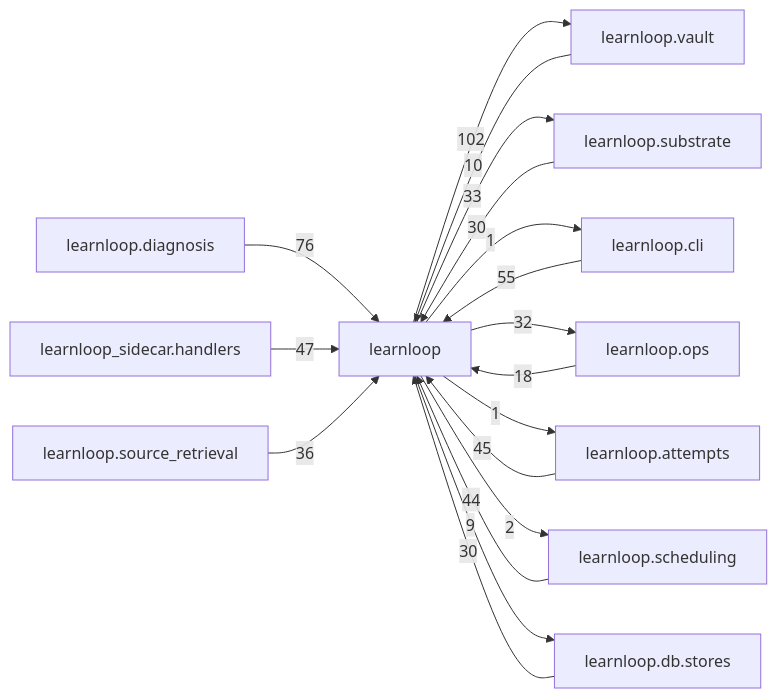
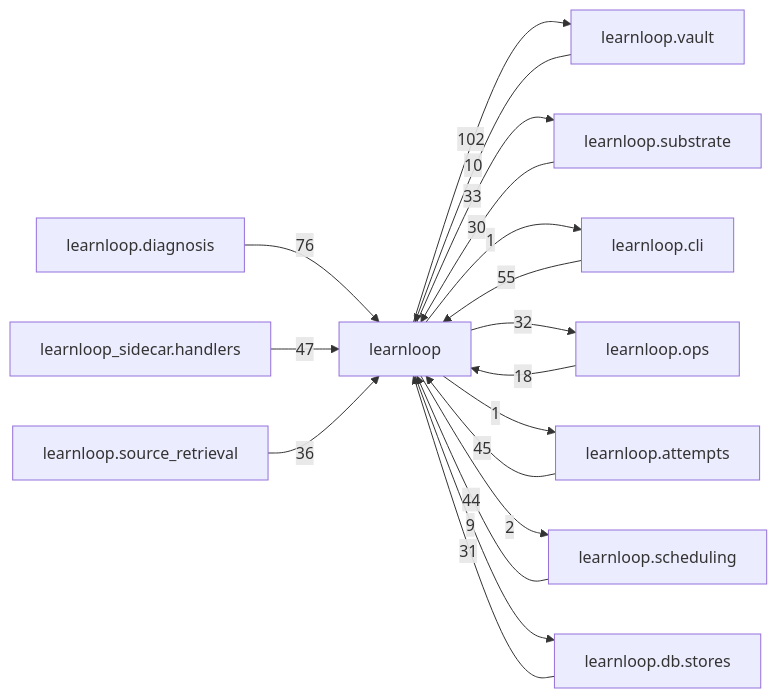
Before and after one commit to 6up-b/learnanything: the diagram in docs/learnloop-architecture-vault/Reference/Modules/learnloop/_package.md, drawn with Mermaid. The commit also changed other lines of this file and 559 other files, not shown here.

````diff
--- a/docs/learnloop-architecture-vault/Reference/Modules/learnloop/_package.md
+++ b/docs/learnloop-architecture-vault/Reference/Modules/learnloop/_package.md
@@ -312,31 +312,31 @@
 ```mermaid
 flowchart LR
     center["learnloop"]
     n_learnloop_vault["learnloop.vault"]
     n_learnloop_diagnosis["learnloop.diagnosis"]
     n_learnloop_substrate["learnloop.substrate"]
     n_learnloop_cli["learnloop.cli"]
     n_learnloop_ops["learnloop.ops"]
     n_learnloop_sidecar_handlers["learnloop_sidecar.handlers"]
     n_learnloop_attempts["learnloop.attempts"]
     n_learnloop_scheduling["learnloop.scheduling"]
     n_learnloop_db_stores["learnloop.db.stores"]
     n_learnloop_source_retrieval["learnloop.source_retrieval"]
     n_learnloop_vault -->|10| center
     center -->|102| n_learnloop_vault
     n_learnloop_diagnosis -->|76| center
     n_learnloop_substrate -->|30| center
     center -->|33| n_learnloop_substrate
     n_learnloop_cli -->|55| center
     center -->|1| n_learnloop_cli
     n_learnloop_ops -->|18| center
     center -->|32| n_learnloop_ops
     n_learnloop_sidecar_handlers -->|47| center
     n_learnloop_attempts -->|45| center
     center -->|1| n_learnloop_attempts
     n_learnloop_scheduling -->|44| center
     center -->|2| n_learnloop_scheduling
-    n_learnloop_db_stores -->|30| center
+    n_learnloop_db_stores -->|31| center
     center -->|9| n_learnloop_db_stores
     n_learnloop_source_retrieval -->|36| center
 ```
````
